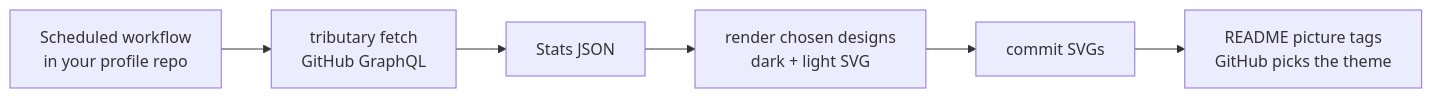
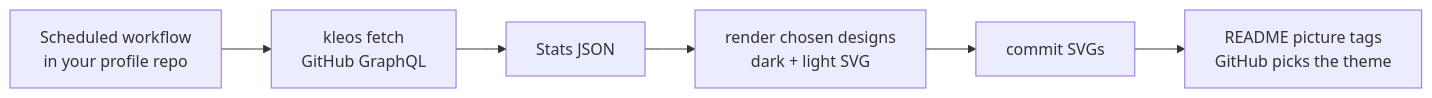
One commit to garysassano/kleos changed the diagram in README.md. Above: the diagram before and after it, drawn with Mermaid. The commit also changed other lines of this file and 5 other files, not shown here.

````diff
--- a/README.md
+++ b/README.md
@@ -22,8 +24,8 @@
 ```mermaid
 flowchart LR
-  A[Scheduled workflow<br/>in your profile repo] --> B[tributary fetch<br/>GitHub GraphQL]
+  A[Scheduled workflow<br/>in your profile repo] --> B[kleos fetch<br/>GitHub GraphQL]
   B --> C[Stats JSON]
   C --> D[render chosen designs<br/>dark + light SVG]
   D --> E[commit SVGs]
   E --> F[README picture tags<br/>GitHub picks the theme]
 ```
````
